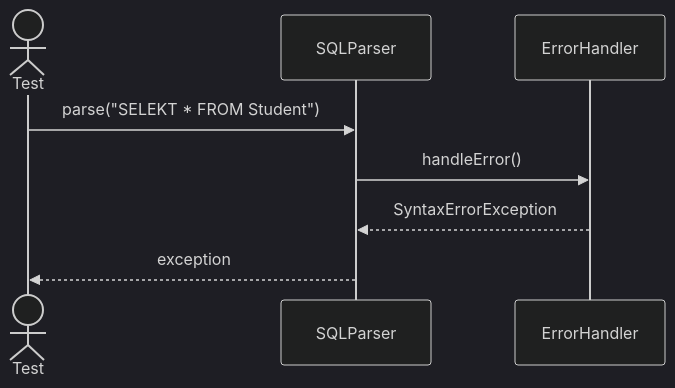
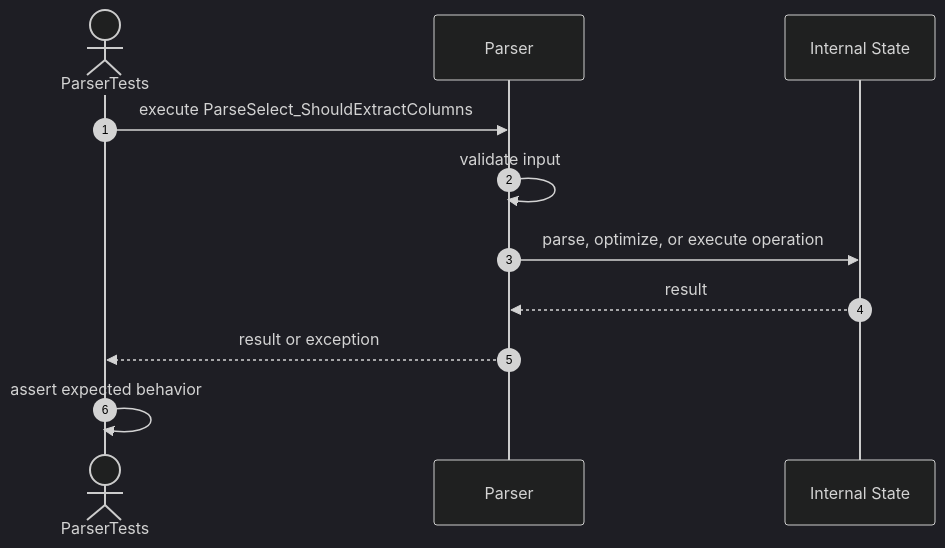
One commit to FhuAnn/-bbv-AN-s-DBMS changed the fifth of 22 diagrams in src/tests/unit/query/sequences/sql-parser-testing.se.md. Above: the diagram before and after it, drawn with Mermaid (dark theme). The commit also changed other lines of this file and 36 other files, not shown here.

````diff
--- a/src/tests/unit/query/sequences/sql-parser-testing.se.md
+++ b/src/tests/unit/query/sequences/sql-parser-testing.se.md
@@ -64,11 +73,14 @@
 ```mermaid
 sequenceDiagram
-actor Test
-participant SQLParser
-participant ErrorHandler
+    autonumber
+    actor Test as ParserTests
+    participant Target as Parser
+    participant Internal as Internal State
 
-Test->>SQLParser: parse("SELEKT * FROM Student")
-SQLParser->>ErrorHandler: handleError()
-ErrorHandler-->>SQLParser: SyntaxErrorException
-SQLParser-->>Test: exception
+    Test->>Target: execute ParseSelect_ShouldExtractColumns
+    Target->>Target: validate input
+    Target->>Internal: parse, optimize, or execute operation
+    Internal-->>Target: result
+    Target-->>Test: result or exception
+    Test->>Test: assert expected behavior
 ```
````
